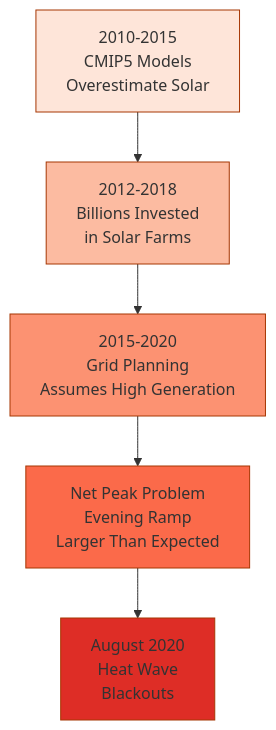
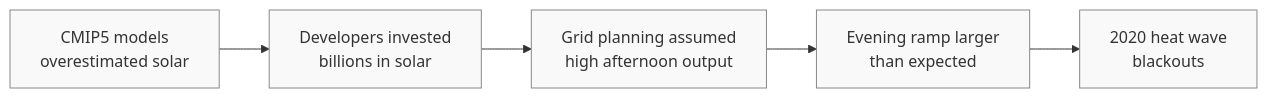
The diagram in posts/eds242-final/index.qmd (rellimylime/rellimylime.github.io), drawn with Mermaid before and after one commit. The commit also changed other lines of this file and 3 other files, not shown here.

Commit message:
Timeline attempt

````diff
--- a/posts/eds242-final/index.qmd
+++ b/posts/eds242-final/index.qmd
@@ -61,14 +101,11 @@
 ```{mermaid}
 %%| fig-width: 8
-flowchart TD
-    A["2010-2015<br/>CMIP5 Models<br/>Overestimate Solar"] --> B["2012-2018<br/>Billions Invested<br/>in Solar Farms"]
-    B --> C["2015-2020<br/>Grid Planning<br/>Assumes High Generation"]
-    C --> D["Net Peak Problem<br/>Evening Ramp<br/>Larger Than Expected"]
-    D --> E["August 2020<br/>Heat Wave<br/>Blackouts"]
-    
-    style A fill:#fee5d9,stroke:#a63603
-    style B fill:#fcbba1,stroke:#a63603
-    style C fill:#fc9272,stroke:#a63603
-    style D fill:#fb6a4a,stroke:#a63603
-    style E fill:#de2d26,stroke:#a63603
+flowchart LR
+    A["CMIP5 models<br/>overestimated solar"] --> B["Developers invested<br/>billions in solar"]
+    B --> C["Grid planning assumed<br/>high afternoon output"]
+    C --> D["Evening ramp larger<br/>than expected"]
+    D --> E["2020 heat wave<br/>blackouts"]
+
+    classDef plain fill:#f9f9f9,stroke:#888,color:#333
+    class A,B,C,D,E plain;
 ```
````
